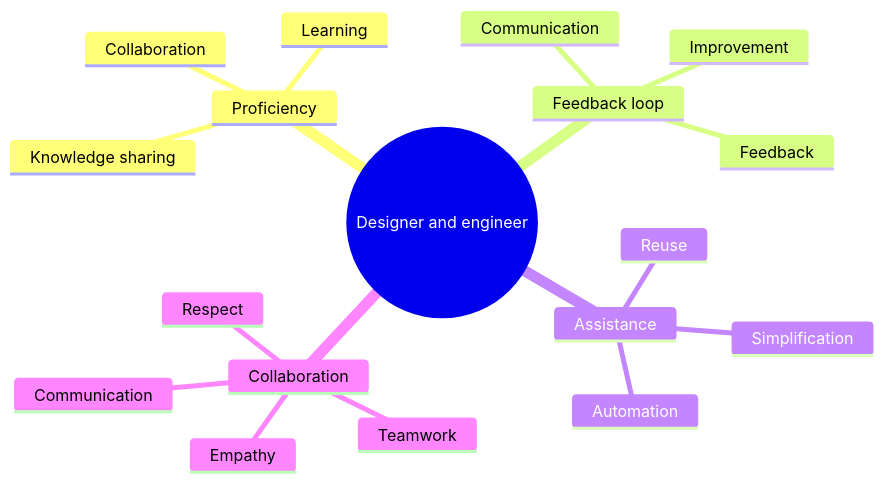
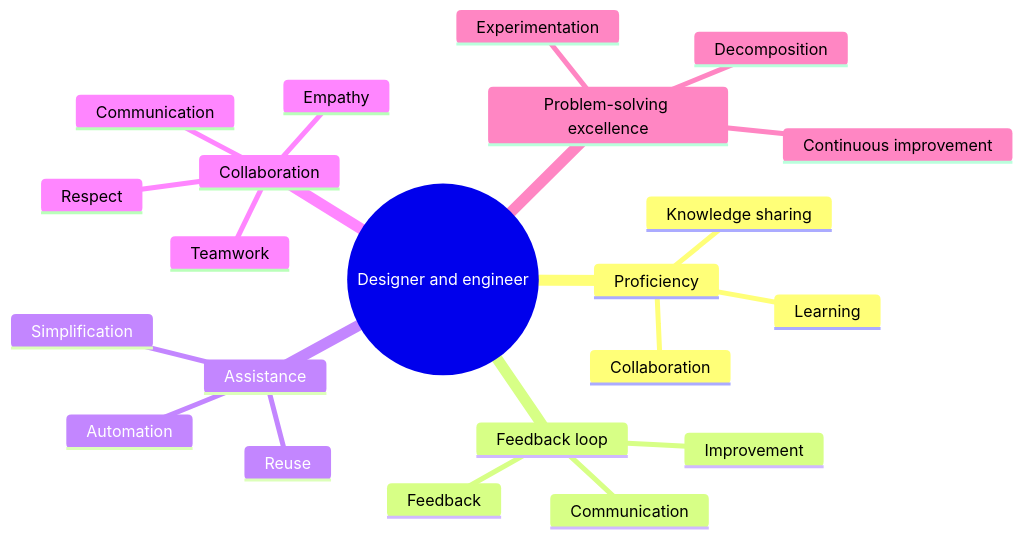
One commit to flarebyte/overview changed the first of 2 diagrams in PRINCIPLES.md. Above: the diagram before and after it, drawn with Mermaid. The commit also changed other lines of this file, not shown here.

Commit message:
Problem-solving excellence in principles

````diff
--- a/PRINCIPLES.md
+++ b/PRINCIPLES.md
@@ -13,21 +13,25 @@
 ```mermaid
 mindmap
   root((Designer and engineer))
     Proficiency
         Collaboration
         Knowledge sharing
         Learning
     Feedback loop
         Communication
         Feedback
         Improvement
     Assistance
         Automation
         Simplification
         Reuse
     Collaboration
        Teamwork
        Communication
        Respect
        Empathy
+    Problem-solving excellence
+       Decomposition
+       Experimentation
+       Continuous improvement
 ```
````
